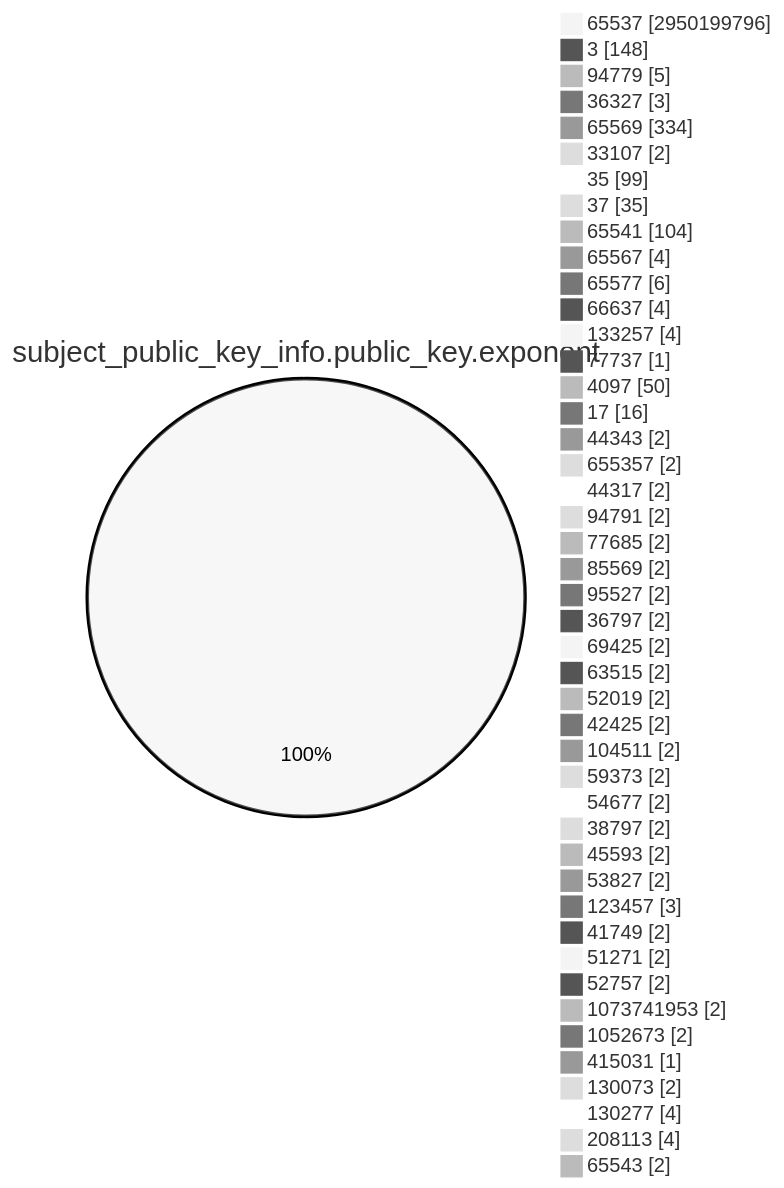
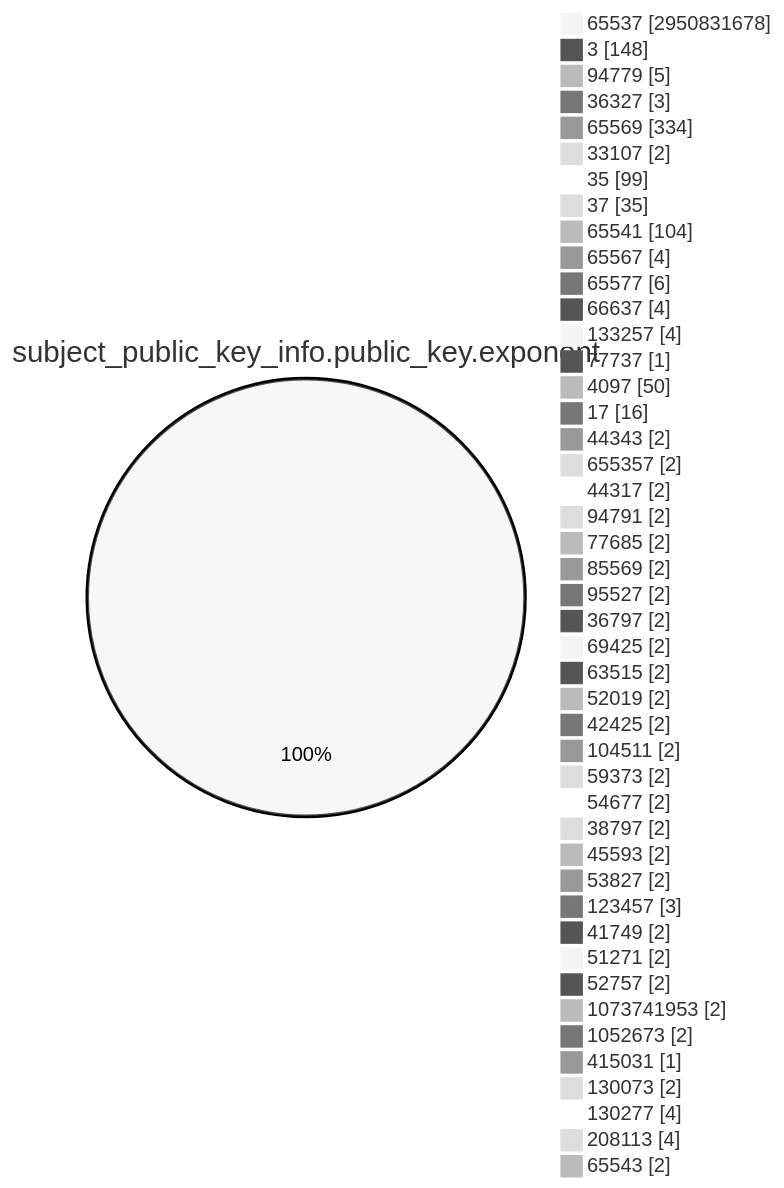
The fourth of 15 diagrams in TOTAL/README.md (christiankrug/ctmonitor_visualization), drawn with Mermaid (neutral theme) before and after one commit. The commit also changed other lines of this file, not shown here.

````diff
--- a/TOTAL/README.md
+++ b/TOTAL/README.md
@@ -1471,49 +1471,49 @@
 ```mermaid
 pie showData
 title subject_public_key_info.public_key.exponent
-"65537" :2950199796
+"65537" :2950831678
 "3" :148
 "94779" :5
 "36327" :3
 "65569" :334
 "33107" :2
 "35" :99
 "37" :35
 "65541" :104
 "65567" :4
 "65577" :6
 "66637" :4
 "133257" :4
 "77737" :1
 "4097" :50
 "17" :16
 "44343" :2
 "655357" :2
 "44317" :2
 "94791" :2
 "77685" :2
 "85569" :2
 "95527" :2
 "36797" :2
 "69425" :2
 "63515" :2
 "52019" :2
 "42425" :2
 "104511" :2
 "59373" :2
 "54677" :2
 "38797" :2
 "45593" :2
 "53827" :2
 "123457" :3
 "41749" :2
 "51271" :2
 "52757" :2
 "1073741953" :2
 "1052673" :2
 "415031" :1
 "130073" :2
 "130277" :4
 "208113" :4
 "65543" :2
 ```
````
